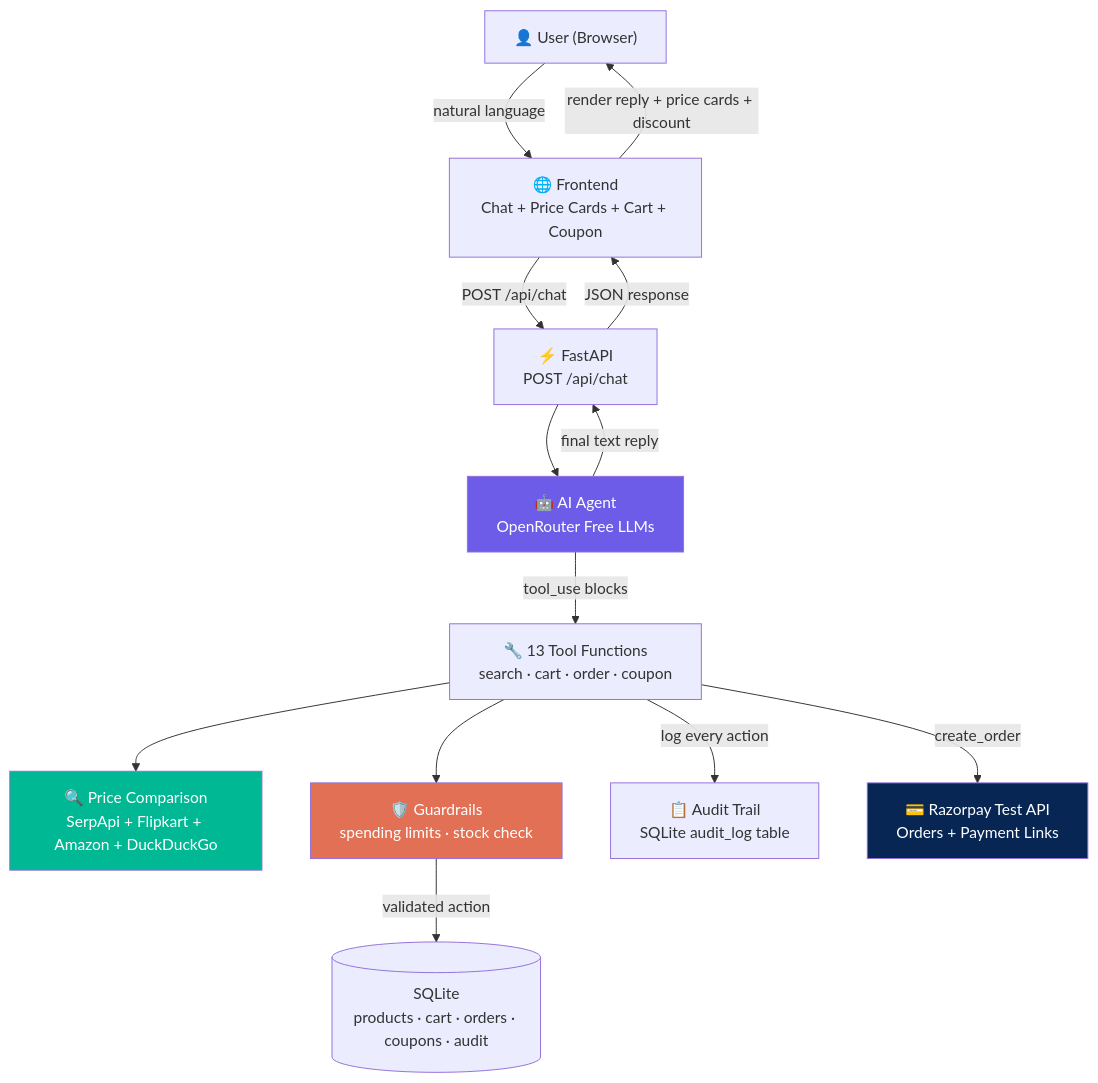
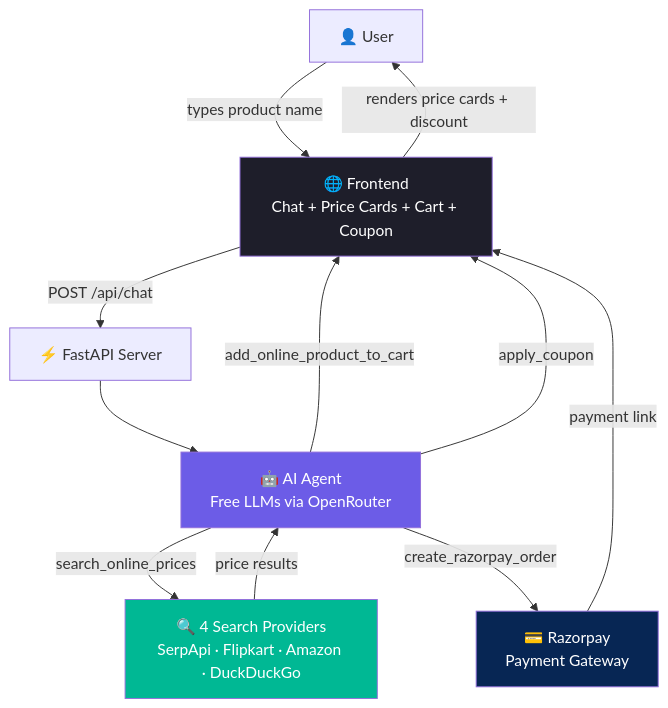
Before and after one commit to dreamerstreamer45-code/merchant-agent: the diagram in README.md, drawn with Mermaid.

````diff
--- a/README.md
+++ b/README.md
@@ -21,31 +21,25 @@
 ```mermaid
 flowchart TB
-    User["👤 User (Browser)"]
+    User["👤 User"]
     UI["🌐 Frontend\nChat + Price Cards + Cart + Coupon"]
-    API["⚡ FastAPI\nPOST /api/chat"]
-    Agent["🤖 AI Agent\nOpenRouter Free LLMs"]
-    Tools["🔧 13 Tool Functions\nsearch · cart · order · coupon"]
-    Search["🔍 Price Comparison\nSerpApi + Flipkart + Amazon + DuckDuckGo"]
-    Guard["🛡️ Guardrails\nspending limits · stock check"]
-    Audit["📋 Audit Trail\nSQLite audit_log table"]
-    Razorpay["💳 Razorpay Test API\nOrders + Payment Links"]
-    DB[(SQLite\nproducts · cart · orders · coupons · audit)]
+    API["⚡ FastAPI Server"]
+    Agent["🤖 AI Agent\nFree LLMs via OpenRouter"]
+    Search["🔍 4 Search Providers\nSerpApi · Flipkart · Amazon · DuckDuckGo"]
+    Razorpay["💳 Razorpay\nPayment Gateway"]
 
-    User -->|"natural language"| UI
+    User -->|"types product name"| UI
     UI -->|"POST /api/chat"| API
     API --> Agent
-    Agent -->|"tool_use blocks"| Tools
-    Tools --> Search
-    Tools --> Guard
-    Guard -->|"validated action"| DB
-    Tools -->|"create_order"| Razorpay
-    Tools -->|"log every action"| Audit
-    Agent -->|"final text reply"| API
-    API -->|"JSON response"| UI
-    UI -->|"render reply + price cards + discount"| User
+    Agent -->|"search_online_prices"| Search
+    Agent -->|"add_online_product_to_cart"| UI
+    Agent -->|"apply_coupon"| UI
+    Agent -->|"create_razorpay_order"| Razorpay
+    Search -->|"price results"| Agent
+    Razorpay -->|"payment link"| UI
+    UI -->|"renders price cards + discount"| User
 
     style Agent fill:#6c5ce7,color:#fff
     style Search fill:#00b894,color:#fff
-    style Guard fill:#e17055,color:#fff
     style Razorpay fill:#072654,color:#fff
+    style UI fill:#1e1e2a,color:#fff
 ```
````
